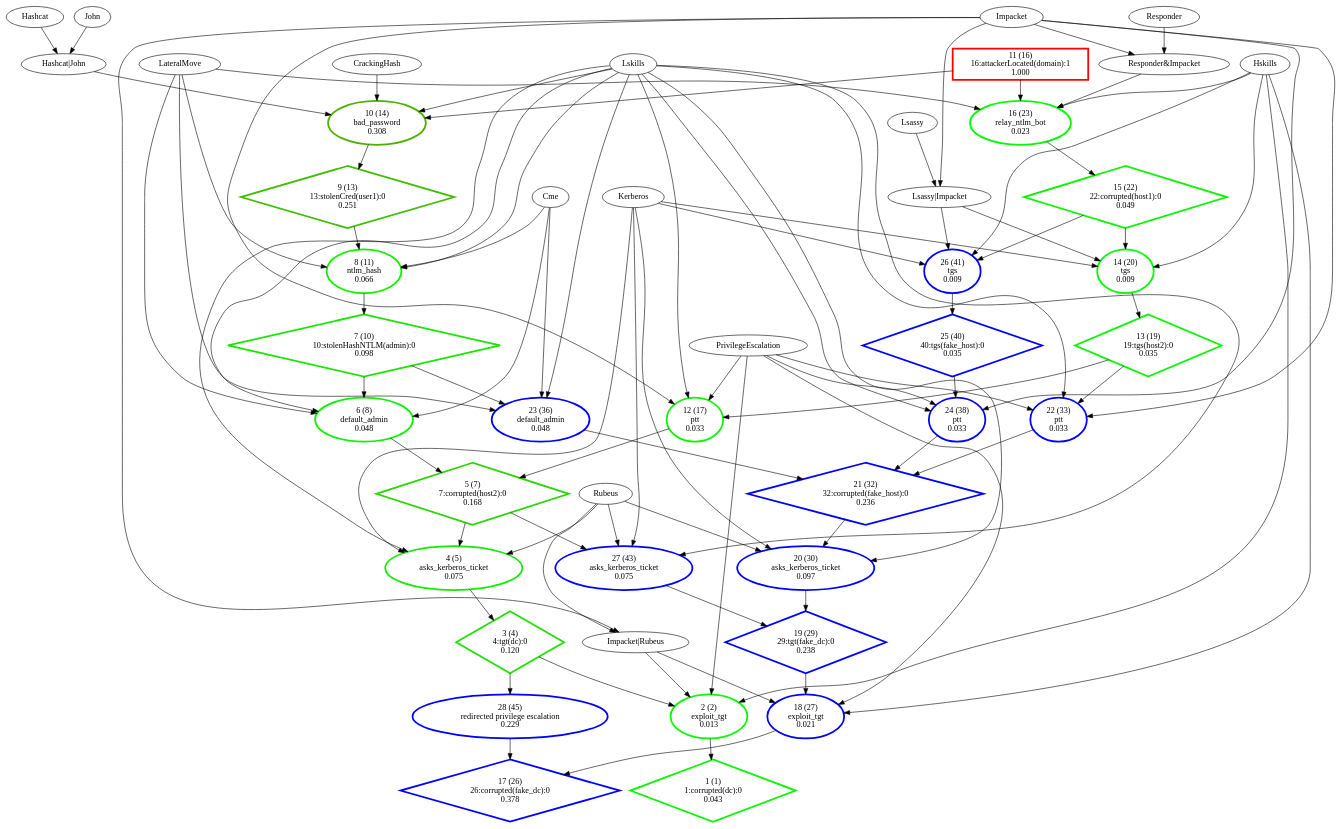
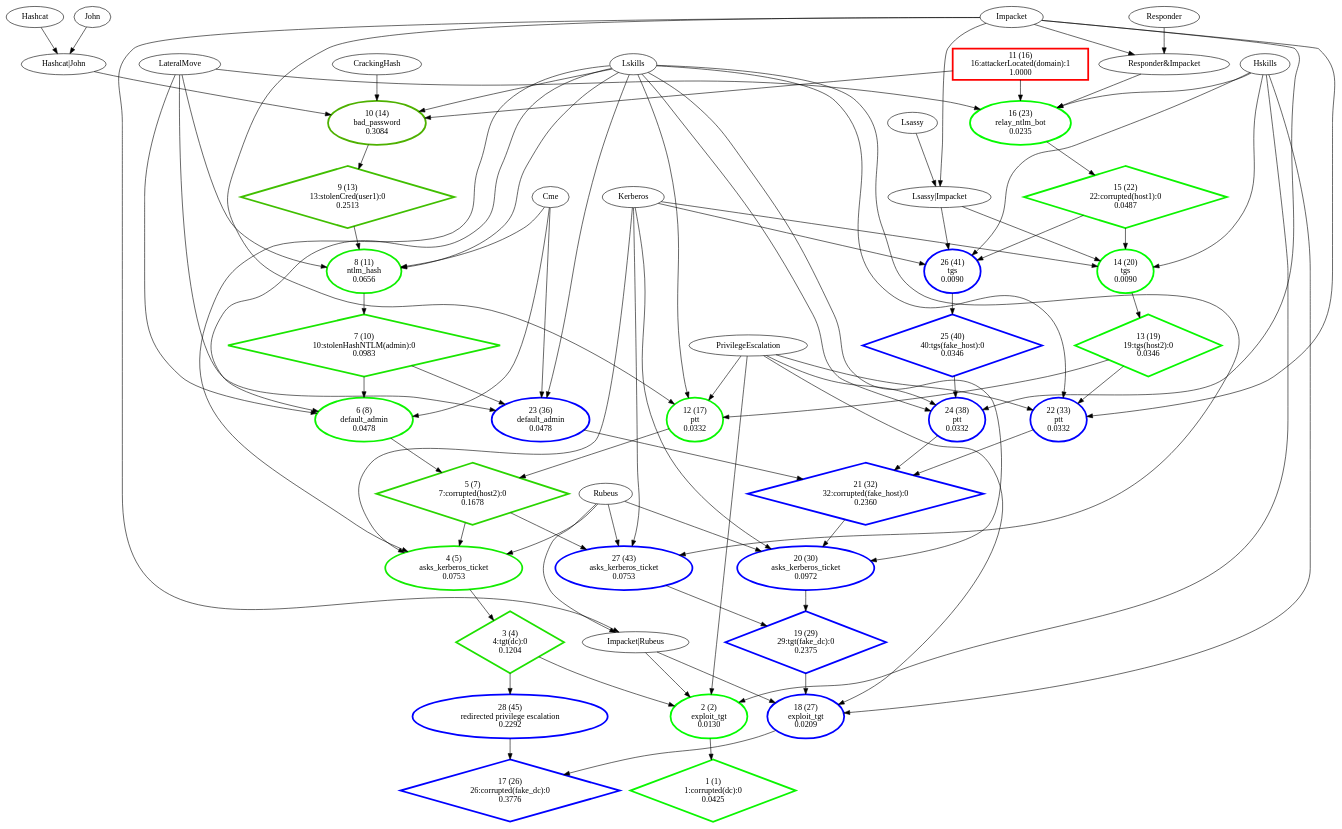
Before and after one commit to NathanaeldeLaChesnais/attacker_profiling_for_BAG_with_honeypots: the diagram in Personnal_simulations/output_HightLevel/strongly_connected_components/loopy_.dot, drawn with Graphviz. The commit also changed 8 other files, not shown here.

```diff
--- a/Personnal_simulations/output_HightLevel/strongly_connected_components/loopy_.dot
+++ b/Personnal_simulations/output_HightLevel/strongly_connected_components/loopy_.dot
@@ -1,115 +1,115 @@
 digraph G {
-  1 [label="1 (1)\n1:corrupted(dc):0\n0.043", color="#0AF500", penwidth=3, shape="diamond"];
-  2 [label="2 (2)\nexploit_tgt\n0.013", color="#03FC00", penwidth=3, shape="ellipse"];
-  3 [label="3 (4)\n4:tgt(dc):0\n0.120", color="#1EE100", penwidth=3, shape="diamond"];
-  4 [label="4 (5)\nasks_kerberos_ticket\n0.075", color="#13EC00", penwidth=3, shape="ellipse"];
-  5 [label="5 (7)\n7:corrupted(host2):0\n0.168", color="#2AD500", penwidth=3, shape="diamond"];
-  6 [label="6 (8)\ndefault_admin\n0.048", color="#0CF300", penwidth=3, shape="ellipse"];
-  7 [label="7 (10)\n10:stolenHashNTLM(admin):0\n0.098", color="#19E600", penwidth=3, shape="diamond"];
-  8 [label="8 (11)\nntlm_hash\n0.066", color="#10EF00", penwidth=3, shape="ellipse"];
-  9 [label="9 (13)\n13:stolenCred(user1):0\n0.251", color="#40BF00", penwidth=3, shape="diamond"];
-  10 [label="10 (14)\nbad_password\n0.308", color="#4EB100", penwidth=3, shape="ellipse"];
-  11 [label="11 (16)\n16:attackerLocated(domain):1\n1.000", color="#FE0100", penwidth=3, shape="box"];
-  12 [label="12 (17)\nptt\n0.033", color="#08F700", penwidth=3, shape="ellipse"];
-  13 [label="13 (19)\n19:tgs(host2):0\n0.035", color="#08F700", penwidth=3, shape="diamond"];
-  14 [label="14 (20)\ntgs\n0.009", color="#02FD00", penwidth=3, shape="ellipse"];
-  15 [label="15 (22)\n22:corrupted(host1):0\n0.049", color="#0CF300", penwidth=3, shape="diamond"];
-  16 [label="16 (23)\nrelay_ntlm_bot\n0.023", color="#05FA00", penwidth=3, shape="ellipse"];
-  17 [label="17 (26)\n26:corrupted(fake_dc):0\n0.378", color="blue", penwidth=3, shape="diamond"];
-  18 [label="18 (27)\nexploit_tgt\n0.021", color="blue", penwidth=3, shape="ellipse"];
-  19 [label="19 (29)\n29:tgt(fake_dc):0\n0.238", color="blue", penwidth=3, shape="diamond"];
-  20 [label="20 (30)\nasks_kerberos_ticket\n0.097", color="blue", penwidth=3, shape="ellipse"];
-  21 [label="21 (32)\n32:corrupted(fake_host):0\n0.236", color="blue", penwidth=3, shape="diamond"];
-  22 [label="22 (33)\nptt\n0.033", color="blue", penwidth=3, shape="ellipse"];
-  23 [label="23 (36)\ndefault_admin\n0.048", color="blue", penwidth=3, shape="ellipse"];
-  24 [label="24 (38)\nptt\n0.033", color="blue", penwidth=3, shape="ellipse"];
-  25 [label="25 (40)\n40:tgs(fake_host):0\n0.035", color="blue", penwidth=3, shape="diamond"];
-  26 [label="26 (41)\ntgs\n0.009", color="blue", penwidth=3, shape="ellipse"];
-  27 [label="27 (43)\nasks_kerberos_ticket\n0.075", color="blue", penwidth=3, shape="ellipse"];
-  28 [label="28 (45)\nredirected privilege escalation\n0.229", color="blue", penwidth=3, shape="ellipse"];
+  1 [label="1 (1)\n1:corrupted(dc):0\n0.0425", color="#0AF500", penwidth=3, shape="diamond"];
+  2 [label="2 (2)\nexploit_tgt\n0.0130", color="#03FC00", penwidth=3, shape="ellipse"];
+  3 [label="3 (4)\n4:tgt(dc):0\n0.1204", color="#1EE100", penwidth=3, shape="diamond"];
+  4 [label="4 (5)\nasks_kerberos_ticket\n0.0753", color="#13EC00", penwidth=3, shape="ellipse"];
+  5 [label="5 (7)\n7:corrupted(host2):0\n0.1678", color="#2AD500", penwidth=3, shape="diamond"];
+  6 [label="6 (8)\ndefault_admin\n0.0478", color="#0CF300", penwidth=3, shape="ellipse"];
+  7 [label="7 (10)\n10:stolenHashNTLM(admin):0\n0.0983", color="#19E600", penwidth=3, shape="diamond"];
+  8 [label="8 (11)\nntlm_hash\n0.0656", color="#10EF00", penwidth=3, shape="ellipse"];
+  9 [label="9 (13)\n13:stolenCred(user1):0\n0.2513", color="#40BF00", penwidth=3, shape="diamond"];
+  10 [label="10 (14)\nbad_password\n0.3084", color="#4EB100", penwidth=3, shape="ellipse"];
+  11 [label="11 (16)\n16:attackerLocated(domain):1\n1.0000", color="#FE0100", penwidth=3, shape="box"];
+  12 [label="12 (17)\nptt\n0.0332", color="#08F700", penwidth=3, shape="ellipse"];
+  13 [label="13 (19)\n19:tgs(host2):0\n0.0346", color="#08F700", penwidth=3, shape="diamond"];
+  14 [label="14 (20)\ntgs\n0.0090", color="#02FD00", penwidth=3, shape="ellipse"];
+  15 [label="15 (22)\n22:corrupted(host1):0\n0.0487", color="#0CF300", penwidth=3, shape="diamond"];
+  16 [label="16 (23)\nrelay_ntlm_bot\n0.0235", color="#05FA00", penwidth=3, shape="ellipse"];
+  17 [label="17 (26)\n26:corrupted(fake_dc):0\n0.3776", color="blue", penwidth=3, shape="diamond"];
+  18 [label="18 (27)\nexploit_tgt\n0.0209", color="blue", penwidth=3, shape="ellipse"];
+  19 [label="19 (29)\n29:tgt(fake_dc):0\n0.2375", color="blue", penwidth=3, shape="diamond"];
+  20 [label="20 (30)\nasks_kerberos_ticket\n0.0972", color="blue", penwidth=3, shape="ellipse"];
+  21 [label="21 (32)\n32:corrupted(fake_host):0\n0.2360", color="blue", penwidth=3, shape="diamond"];
+  22 [label="22 (33)\nptt\n0.0332", color="blue", penwidth=3, shape="ellipse"];
+  23 [label="23 (36)\ndefault_admin\n0.0478", color="blue", penwidth=3, shape="ellipse"];
+  24 [label="24 (38)\nptt\n0.0332", color="blue", penwidth=3, shape="ellipse"];
+  25 [label="25 (40)\n40:tgs(fake_host):0\n0.0346", color="blue", penwidth=3, shape="diamond"];
+  26 [label="26 (41)\ntgs\n0.0090", color="blue", penwidth=3, shape="ellipse"];
+  27 [label="27 (43)\nasks_kerberos_ticket\n0.0753", color="blue", penwidth=3, shape="ellipse"];
+  28 [label="28 (45)\nredirected privilege escalation\n0.2292", color="blue", penwidth=3, shape="ellipse"];
   "11" -> "10";
   "11" -> "16";
   "10" -> "9";
   "9" -> "8";
   "8" -> "7";
   "7" -> "6";
   "7" -> "23";
   "6" -> "5";
   "5" -> "4";
   "5" -> "27";
   "16" -> "15";
   "15" -> "14";
   "15" -> "26";
   "14" -> "13";
   "13" -> "12";
   "13" -> "22";
   "12" -> "5";
   "4" -> "3";
   "3" -> "2";
   "3" -> "28";
   "2" -> "1";
   "22" -> "21";
   "21" -> "20";
   "23" -> "21";
   "26" -> "25";
   "25" -> "24";
   "24" -> "21";
   "20" -> "19";
   "19" -> "18";
   "27" -> "19";
   "18" -> "17";
   "28" -> "17";
   "Impacket|Rubeus" -> "2";
   "Impacket|Rubeus" -> "18";
   "Impacket" -> "Impacket|Rubeus";
   "Impacket" -> "12";
   "Impacket" -> "Lsassy|Impacket";
   "Impacket" -> "Responder&Impacket";
   "Impacket" -> "22";
   "Impacket" -> "24";
   "Rubeus" -> "Impacket|Rubeus";
   "Rubeus" -> "4";
   "Rubeus" -> "20";
   "Rubeus" -> "27";
   "Hskills" -> "2";
   "Hskills" -> "14";
   "Hskills" -> "16";
   "Hskills" -> "18";
   "Hskills" -> "26";
   "PrivilegeEscalation" -> "2";
   "PrivilegeEscalation" -> "12";
   "PrivilegeEscalation" -> "18";
   "PrivilegeEscalation" -> "22";
   "PrivilegeEscalation" -> "24";
   "Lskills" -> "4";
   "Lskills" -> "6";
   "Lskills" -> "8";
   "Lskills" -> "10";
   "Lskills" -> "12";
   "Lskills" -> "20";
   "Lskills" -> "22";
   "Lskills" -> "23";
   "Lskills" -> "24";
   "Lskills" -> "27";
   "Kerberos" -> "4";
   "Kerberos" -> "14";
   "Kerberos" -> "20";
   "Kerberos" -> "26";
   "Kerberos" -> "27";
   "Cme" -> "6";
   "Cme" -> "8";
   "Cme" -> "23";
   "LateralMove" -> "6";
   "LateralMove" -> "8";
   "LateralMove" -> "16";
   "LateralMove" -> "23";
   "Hashcat|John" -> "10";
   "Hashcat" -> "Hashcat|John";
   "John" -> "Hashcat|John";
   "CrackingHash" -> "10";
   "Lsassy|Impacket" -> "14";
   "Lsassy|Impacket" -> "26";
   "Lsassy" -> "Lsassy|Impacket";
   "Responder&Impacket" -> "16";
   "Responder" -> "Responder&Impacket";
 }
```
